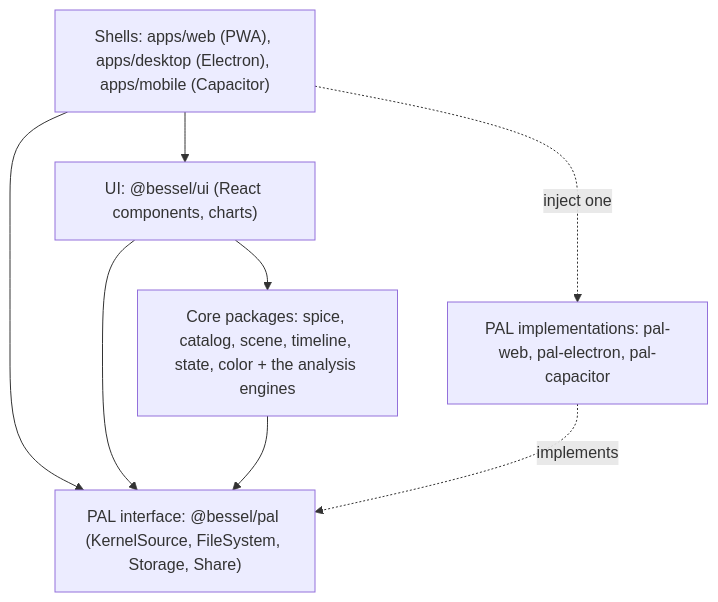
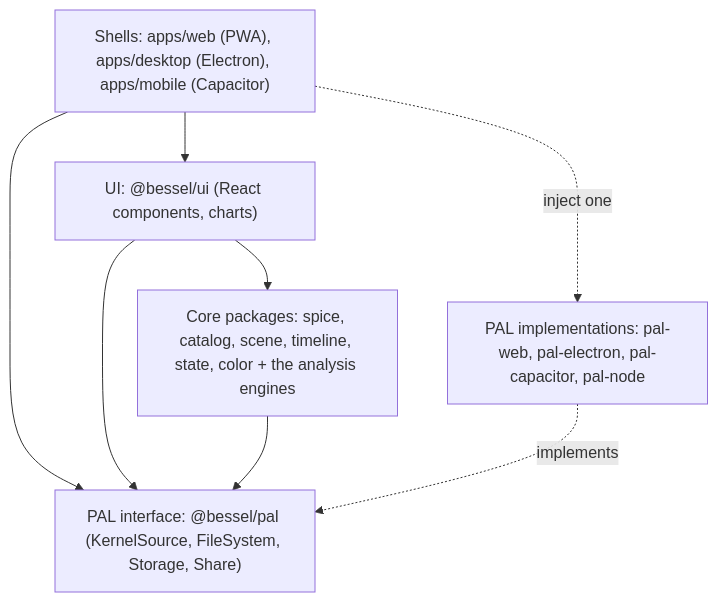
The first of 2 diagrams in docs/architecture.md (PaulMRamirez/bessel), drawn with Mermaid before and after one commit. The commit also changed other lines of this file and 12 other files, not shown here.

````diff
--- a/docs/architecture.md
+++ b/docs/architecture.md
@@ -17,14 +17,14 @@
 ```mermaid
 flowchart TD
   shells["Shells: apps/web (PWA), apps/desktop (Electron), apps/mobile (Capacitor)"]
   ui["UI: @bessel/ui (React components, charts)"]
   pal["PAL interface: @bessel/pal (KernelSource, FileSystem, Storage, Share)"]
   core["Core packages: spice, catalog, scene, timeline, state, color + the analysis engines"]
   shells --> ui --> core
   shells --> pal
   ui --> pal
   core --> pal
-  palimpl["PAL implementations: pal-web, pal-electron, pal-capacitor"]
+  palimpl["PAL implementations: pal-web, pal-electron, pal-capacitor, pal-node"]
   palimpl -.implements.-> pal
   shells -.inject one.-> palimpl
 ```
````
